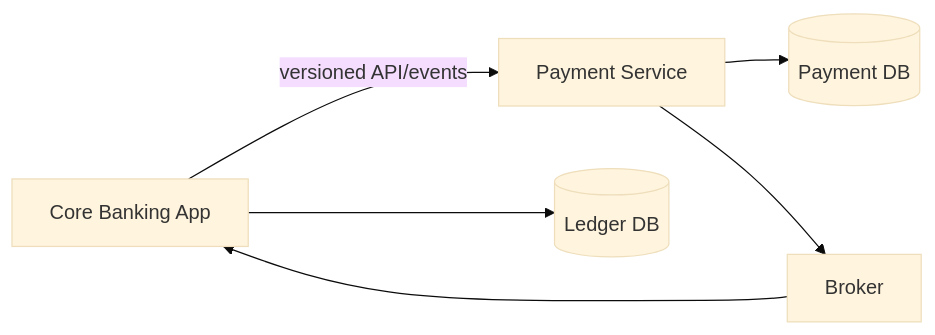
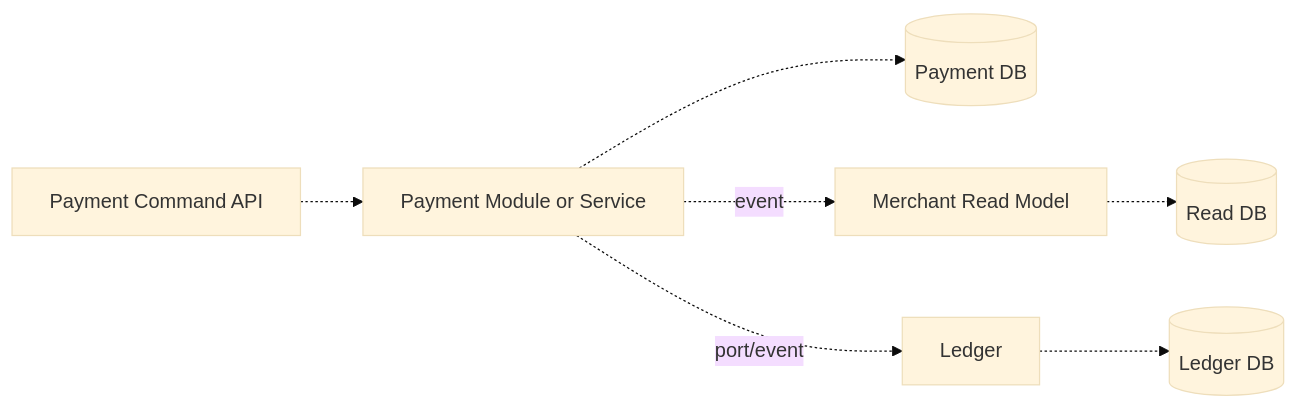
One commit to whoisyourbias/financial changed the fifth of 6 diagrams in docs/ARCHITECTURE_EVOLUTION.md. Above: the diagram before and after it, drawn with Mermaid (base theme). The commit also changed other lines of this file and 58 other files, not shown here.

Commit message:
docs: redesign roadmap around Toss Payments contracts

````diff
--- a/docs/ARCHITECTURE_EVOLUTION.md
+++ b/docs/ARCHITECTURE_EVOLUTION.md
@@ -76,8 +87,9 @@
 ```mermaid
 flowchart LR
-  CORE[Core Banking App] -->|versioned API/events| PAY[Payment Service]
-  PAY --> PAYDB[(Payment DB)]
-  PAY --> BROKER[Broker]
-  BROKER --> CORE
-  CORE --> LEDGERDB[(Ledger DB)]
+  API[Payment Command API] -.-> PAY[Payment Module or Service]
+  PAY -.-> PAYDB[(Payment DB)]
+  PAY -. event .-> READ[Merchant Read Model]
+  READ -.-> READDB[(Read DB)]
+  PAY -. port/event .-> LEDGER[Ledger]
+  LEDGER -.-> LEDGERDB[(Ledger DB)]
 ```
````
